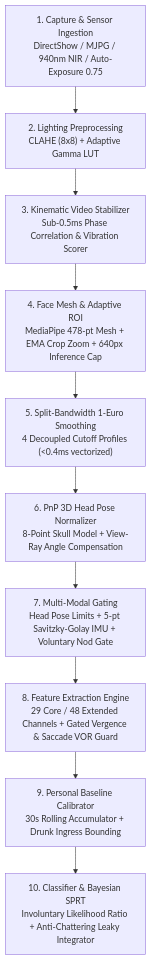
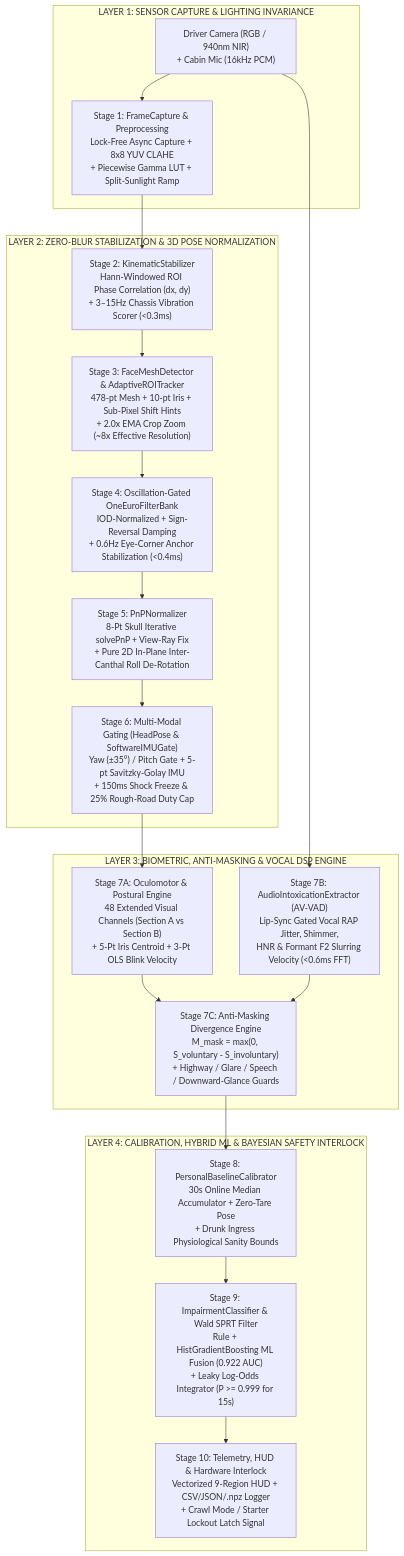
Before and after one commit to Thanos3541R/The_Overclocked: the second of 2 diagrams in README.md, drawn with Mermaid. The commit also changed other lines of this file, not shown here.

Commit message:
docs: overhaul README with 15-section SSOT architecture, TRIZ matrix & multimodal DMS specs

````diff
--- a/README.md
+++ b/README.md
@@ -164,12 +75,27 @@
 ```mermaid
 flowchart TD
-    A["1. Capture & Sensor Ingestion\nDirectShow / MJPG / 940nm NIR / Auto-Exposure 0.75"] --> B["2. Lighting Preprocessing\nCLAHE (8x8) + Adaptive Gamma LUT"]
-    B --> C["3. Kinematic Video Stabilizer\nSub-0.5ms Phase Correlation & Vibration Scorer"]
-    C --> D["4. Face Mesh & Adaptive ROI\nMediaPipe 478-pt Mesh + EMA Crop Zoom + 640px Inference Cap"]
-    D --> E["5. Split-Bandwidth 1-Euro Smoothing\n4 Decoupled Cutoff Profiles (<0.4ms vectorized)"]
-    E --> F["6. PnP 3D Head Pose Normalizer\n8-Point Skull Model + View-Ray Angle Compensation"]
-    F --> G["7. Multi-Modal Gating\nHead Pose Limits + 5-pt Savitzky-Golay IMU + Voluntary Nod Gate"]
-    G --> H["8. Feature Extraction Engine\n29 Core / 48 Extended Channels + Gated Vergence & Saccade VOR Guard"]
-    H --> I["9. Personal Baseline Calibrator\n30s Rolling Accumulator + Drunk Ingress Bounding"]
-    I --> J["10. Classifier & Bayesian SPRT\nInvoluntary Likelihood Ratio + Anti-Chattering Leaky Integrator"]
+    subgraph L1["LAYER 1: SENSOR CAPTURE & LIGHTING INVARIANCE"]
+        A["Driver Camera (RGB / 940nm NIR)\n+ Cabin Mic (16kHz PCM)"] --> B["Stage 1: FrameCapture & Preprocessing\nLock-Free Async Capture + 8x8 YUV CLAHE\n+ Piecewise Gamma LUT + Split-Sunlight Ramp"]
+    end
+
+    subgraph L2["LAYER 2: ZERO-BLUR STABILIZATION & 3D POSE NORMALIZATION"]
+        B --> C["Stage 2: KinematicStabilizer\nHann-Windowed ROI Phase Correlation (dx, dy)\n+ 3–15Hz Chassis Vibration Scorer (<0.3ms)"]
+        C --> D["Stage 3: FaceMeshDetector & AdaptiveROITracker\n478-pt Mesh + 10-pt Iris + Sub-Pixel Shift Hints\n+ 2.0x EMA Crop Zoom (~8x Effective Resolution)"]
+        D --> E["Stage 4: Oscillation-Gated OneEuroFilterBank\nIOD-Normalized + Sign-Reversal Damping\n+ 0.6Hz Eye-Corner Anchor Stabilization (<0.4ms)"]
+        E --> F["Stage 5: PnPNormalizer\n8-Pt Skull Iterative solvePnP + View-Ray Fix\n+ Pure 2D In-Plane Inter-Canthal Roll De-Rotation"]
+        F --> G["Stage 6: Multi-Modal Gating (HeadPose & SoftwareIMUGate)\nYaw (±35°) / Pitch Gate + 5-pt Savitzky-Golay IMU\n+ 150ms Shock Freeze & 25% Rough-Road Duty Cap"]
+    end
+
+    subgraph L3["LAYER 3: BIOMETRIC, ANTI-MASKING & VOCAL DSP ENGINE"]
+        G --> H["Stage 7A: Oculomotor & Postural Engine\n48 Extended Visual Channels (Section A vs Section B)\n+ 5-Pt Iris Centroid + 3-Pt OLS Blink Velocity"]
+        A --> H2["Stage 7B: AudioIntoxicationExtractor (AV-VAD)\nLip-Sync Gated Vocal RAP Jitter, Shimmer,\nHNR & Formant F2 Slurring Velocity (<0.6ms FFT)"]
+        H --> I["Stage 7C: Anti-Masking Divergence Engine\nM_mask = max(0, S_voluntary - S_involuntary)\n+ Highway / Glare / Speech / Downward-Glance Guards"]
+        H2 --> I
+    end
+
+    subgraph L4["LAYER 4: CALIBRATION, HYBRID ML & BAYESIAN SAFETY INTERLOCK"]
+        I --> J["Stage 8: PersonalBaselineCalibrator\n30s Online Median Accumulator + Zero-Tare Pose\n+ Drunk Ingress Physiological Sanity Bounds"]
+        J --> K["Stage 9: ImpairmentClassifier & Wald SPRT Filter\nRule + HistGradientBoosting ML Fusion (0.922 AUC)\n+ Leaky Log-Odds Integrator (P >= 0.999 for 15s)"]
+        K --> L["Stage 10: Telemetry, HUD & Hardware Interlock\nVectorized 9-Region HUD + CSV/JSON/.npz Logger\n+ Crawl Mode / Starter Lockout Latch Signal"]
+    end
 ```
````
